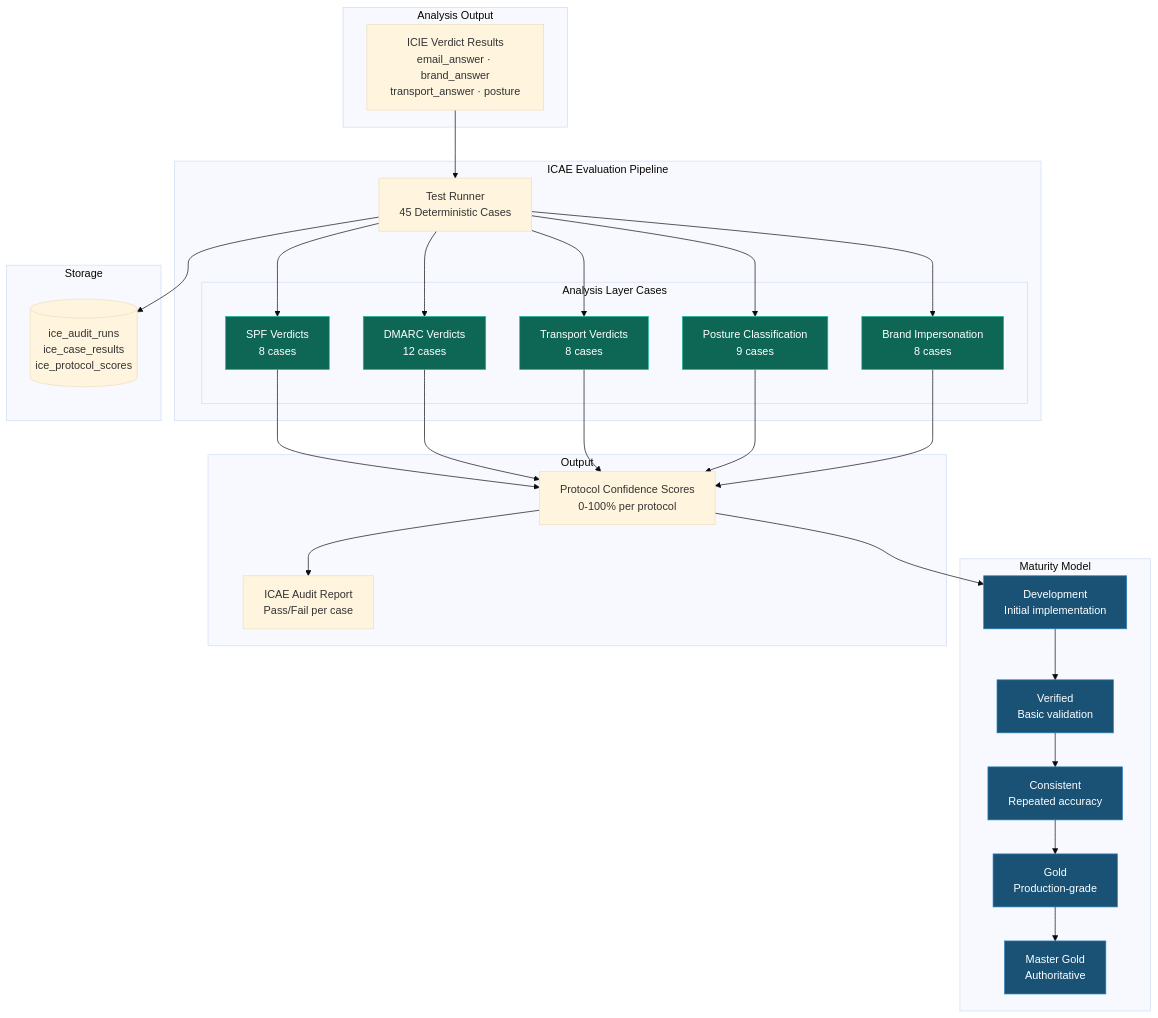
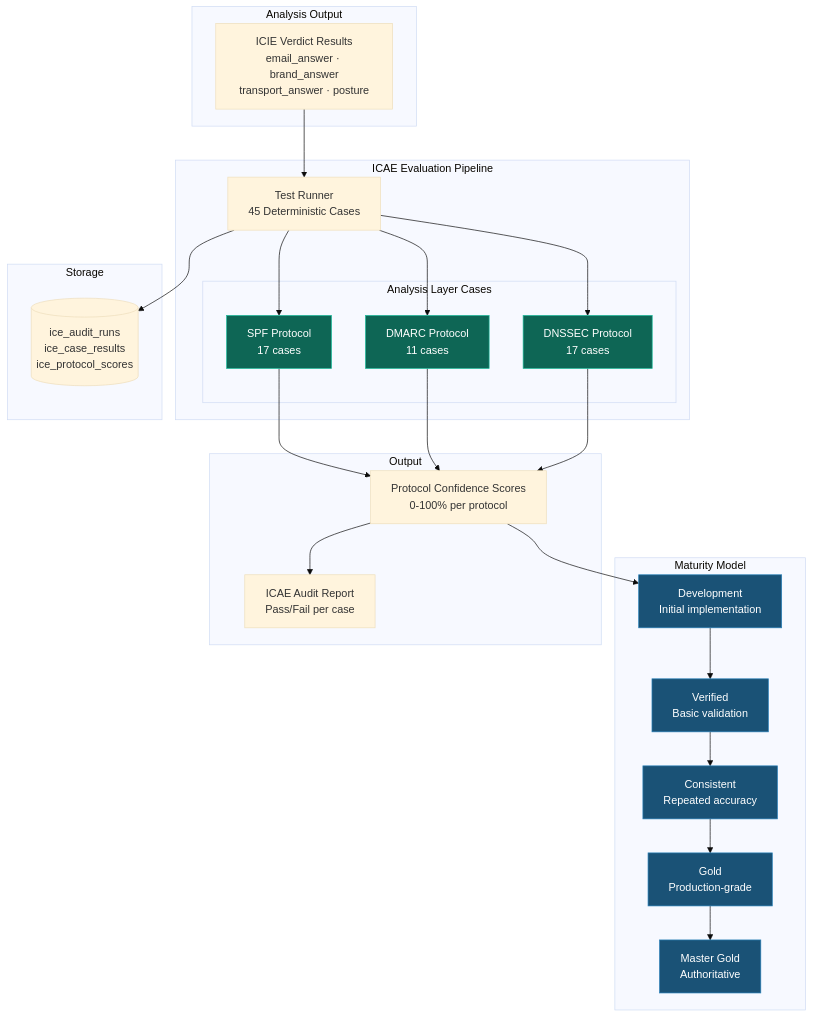
Before and after one commit to careyjames/DnsToolWeb: the third of 7 diagrams in docs/architecture/SYSTEM_ARCHITECTURE.md, drawn with Mermaid (base theme). The commit also changed 7 other files, not shown here.

First line of the commit message:
Make system architecture diagrams viewable within the application

````diff
--- a/docs/architecture/SYSTEM_ARCHITECTURE.md
+++ b/docs/architecture/SYSTEM_ARCHITECTURE.md
@@ -138,47 +138,45 @@
 ```mermaid
 graph TB
     subgraph "Analysis Output"
         Verdicts["ICIE Verdict Results<br/>email_answer · brand_answer<br/>transport_answer · posture"]
     end
 
     subgraph "ICAE Evaluation Pipeline"
         Runner["Test Runner<br/>45 Deterministic Cases"]
         
         subgraph "Analysis Layer Cases"
-            SPFCases["SPF Verdicts<br/>8 cases"]
-            DMARCCases["DMARC Verdicts<br/>12 cases"]
-            TransportCases["Transport Verdicts<br/>8 cases"]
-            PostureCases["Posture Classification<br/>9 cases"]
-            BrandCases["Brand Impersonation<br/>8 cases"]
+            SPFCases["SPF Protocol<br/>17 cases"]
+            DMARCCases["DMARC Protocol<br/>11 cases"]
+            DNSSECCases["DNSSEC Protocol<br/>17 cases"]
         end
     end
 
     subgraph "Maturity Model"
         Dev["Development<br/>Initial implementation"]
         Verified["Verified<br/>Basic validation"]
         Consistent["Consistent<br/>Repeated accuracy"]
         Gold["Gold<br/>Production-grade"]
         Master["Master Gold<br/>Authoritative"]
     end
 
     subgraph "Storage"
         DB[("ice_audit_runs<br/>ice_case_results<br/>ice_protocol_scores")]
     end
 
     subgraph "Output"
         Scores["Protocol Confidence Scores<br/>0-100% per protocol"]
         Report["ICAE Audit Report<br/>Pass/Fail per case"]
     end
 
     Verdicts --> Runner
-    Runner --> SPFCases & DMARCCases & TransportCases & PostureCases & BrandCases
-    SPFCases & DMARCCases & TransportCases & PostureCases & BrandCases --> Scores
+    Runner --> SPFCases & DMARCCases & DNSSECCases
+    SPFCases & DMARCCases & DNSSECCases --> Scores
     Scores --> Dev --> Verified --> Consistent --> Gold --> Master
     Runner --> DB
     Scores --> Report
 
     classDef maturity fill:#1a5276,stroke:#2980b9,color:#fff
     classDef cases fill:#0e6655,stroke:#1abc9c,color:#fff
     class Dev,Verified,Consistent,Gold,Master maturity
-    class SPFCases,DMARCCases,TransportCases,PostureCases,BrandCases cases
+    class SPFCases,DMARCCases,DNSSECCases cases
 ```
````
